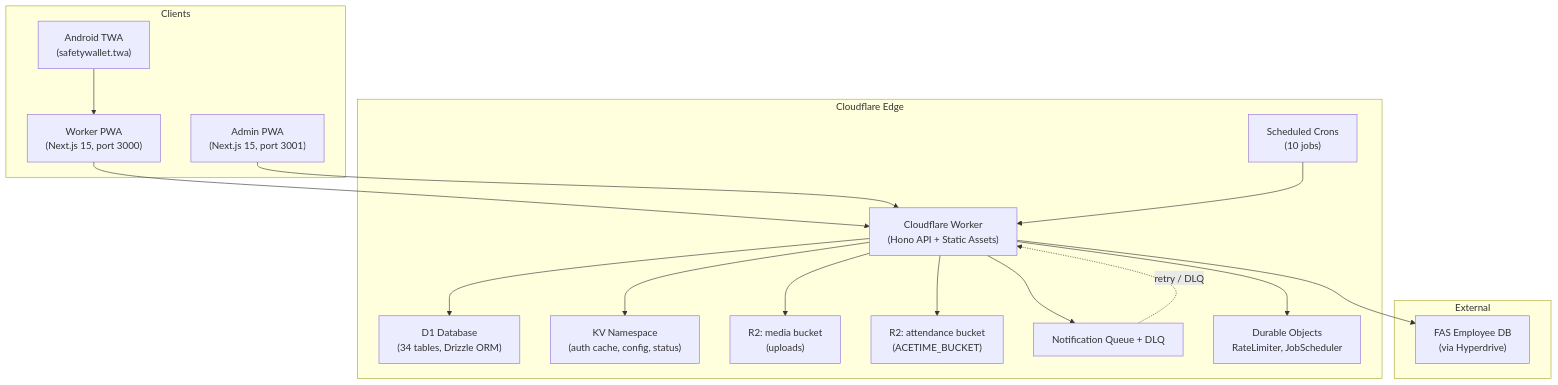
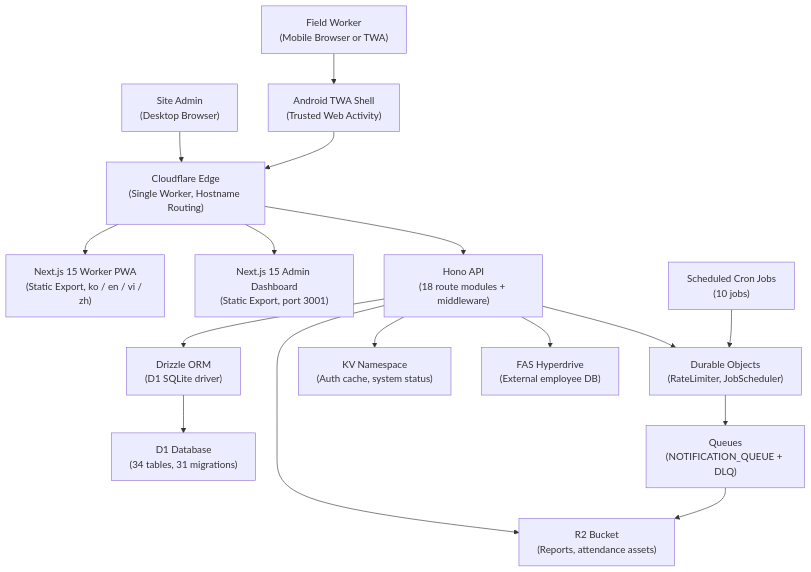
One commit to jclee941/safetywallet changed the diagram in README.md. Above: the diagram before and after it, drawn with Mermaid. The commit also changed other lines of this file, not shown here.

````diff
--- a/README.md
+++ b/README.md
@@ -46,37 +48,40 @@
 ```mermaid
 flowchart TB
-    subgraph Clients["Clients"]
-        WorkerPWA["Worker PWA<br/>(Next.js 15, port 3000)"]
-        AdminPWA["Admin PWA<br/>(Next.js 15, port 3001)"]
-        AndroidTWA["Android TWA<br/>(safetywallet.twa)"]
-    end
+    Worker["Field Worker<br/>(Mobile Browser or TWA)"]
+    Admin["Site Admin<br/>(Desktop Browser)"]
 
-    subgraph Edge["Cloudflare Edge"]
-        Worker["Cloudflare Worker<br/>(Hono API + Static Assets)"]
-        D1["D1 Database<br/>(34 tables, Drizzle ORM)"]
-        KV["KV Namespace<br/>(auth cache, config, status)"]
-        R2Media["R2: media bucket<br/>(uploads)"]
-        R2A["R2: attendance bucket<br/>(ACETIME_BUCKET)"]
-        Queue["Notification Queue + DLQ"]
-        DO["Durable Objects<br/>RateLimiter, JobScheduler"]
-        Cron["Scheduled Crons<br/>(10 jobs)"]
-    end
+    TWA["Android TWA Shell<br/>(Trusted Web Activity)"]
+    WorkerPWA["Next.js 15 Worker PWA<br/>(Static Export, ko / en / vi / zh)"]
+    AdminPWA["Next.js 15 Admin Dashboard<br/>(Static Export, port 3001)"]
 
-    subgraph External["External"]
-        FAS["FAS Employee DB<br/>(via Hyperdrive)"]
-    end
+    Edge["Cloudflare Edge<br/>(Single Worker, Hostname Routing)"]
+    Hono["Hono API<br/>(18 route modules + middleware)"]
+    Drizzle["Drizzle ORM<br/>(D1 SQLite driver)"]
 
-    AndroidTWA --> WorkerPWA
-    WorkerPWA --> Worker
-    AdminPWA --> Worker
+    D1["D1 Database<br/>(34 tables, 31 migrations)"]
+    R2["R2 Bucket<br/>(Reports, attendance assets)"]
+    KV["KV Namespace<br/>(Auth cache, system status)"]
+    HD["FAS Hyperdrive<br/>(External employee DB)"]
 
-    Worker --> D1
-    Worker --> KV
-    Worker --> R2Media
-    Worker --> R2A
-    Worker --> Queue
-    Worker --> DO
-    Worker --> FAS
-    Cron --> Worker
-    Queue -.->|"retry / DLQ"| Worker
+    DO["Durable Objects<br/>(RateLimiter, JobScheduler)"]
+    Cron["Scheduled Cron Jobs<br/>(10 jobs)"]
+    Queue["Queues<br/>(NOTIFICATION_QUEUE + DLQ)"]
+
+    Worker --> TWA
+    TWA --> Edge
+    Admin --> Edge
+
+    Edge --> WorkerPWA
+    Edge --> AdminPWA
+    Edge --> Hono
+    Hono --> Drizzle
+    Drizzle --> D1
+    Hono --> R2
+    Hono --> KV
+    Hono --> HD
+
+    Cron --> DO
+    Hono --> DO
+    DO --> Queue
+    Queue --> R2
 ```
````
